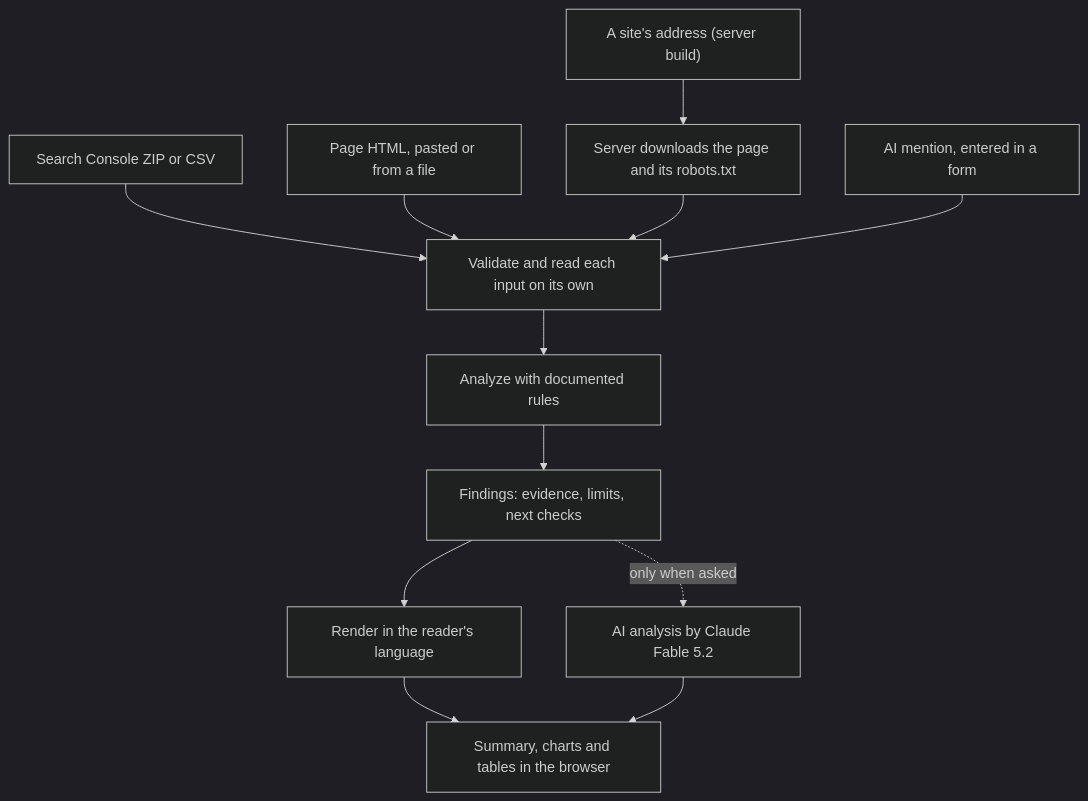
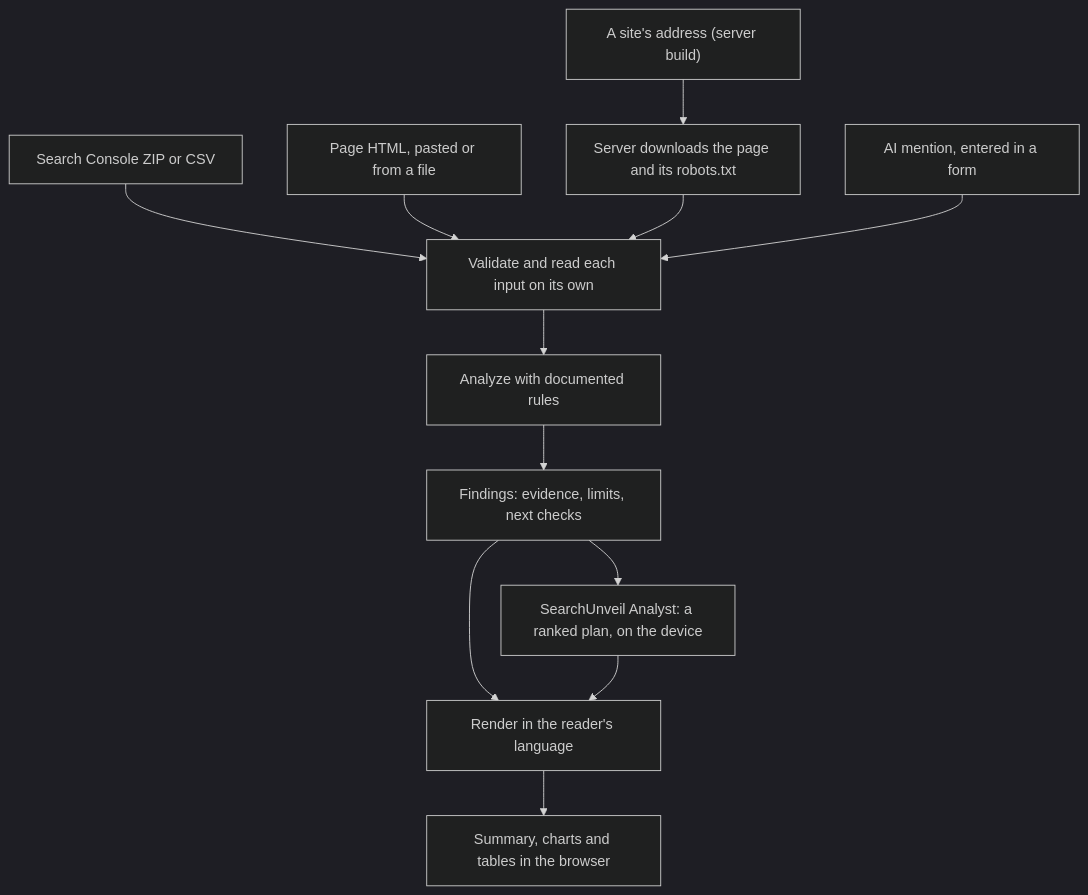
One commit to atelanceofficial/searchunveil-seo changed the diagram in docs/ARCHITECTURE.md. Above: the diagram before and after it, drawn with Mermaid (dark theme). The commit also changed other lines of this file and 26 other files, not shown here.

First line of the commit message:
feat: SearchUnveil Analyst is the only analysis

````diff
--- a/docs/ARCHITECTURE.md
+++ b/docs/ARCHITECTURE.md
@@ -13,17 +13,17 @@
 ```mermaid
 flowchart TD
     accTitle: How SearchUnveil turns inputs into explained findings
-    accDescr: A Search Console export, pasted page HTML or a recorded AI mention enters the browser app; in the server build, a site's address can be given instead, and the server downloads that page and its robots.txt. The engine validates and reads each input separately, analyzes it with documented rules, and produces findings made of message keys and typed values. A translator renders those findings in the reader's language, and the interface shows them with charts and tables. Only when the person asks does a review go to Claude Fable 5.2 for a deeper analysis.
+    accDescr: A Search Console export, pasted page HTML or a recorded AI mention enters the browser app; in the server build, a site's address can be given instead, and the server downloads that page and its robots.txt. The engine validates and reads each input separately, analyzes it with documented rules, and produces findings made of message keys and typed values. A translator renders those findings in the reader's language, and the interface shows them with charts and tables. SearchUnveil Analyst turns a page review into a ranked plan, on the device.
 
     A["Search Console ZIP or CSV"] --> V["Validate and read each input on its own"]
     B["Page HTML, pasted or from a file"] --> V
     S["A site's address (server build)"] --> D["Server downloads the page and its robots.txt"]
     D --> V
     C["AI mention, entered in a form"] --> V
     V --> R["Analyze with documented rules"]
     R --> F["Findings: evidence, limits, next checks"]
     F --> T["Render in the reader's language"]
     T --> U["Summary, charts and tables in the browser"]
-    F -. "only when asked" .-> AI["AI analysis by Claude Fable 5.2"]
-    AI --> U
+    F --> AN["SearchUnveil Analyst: a ranked plan, on the device"]
+    AN --> T
 ```
````
